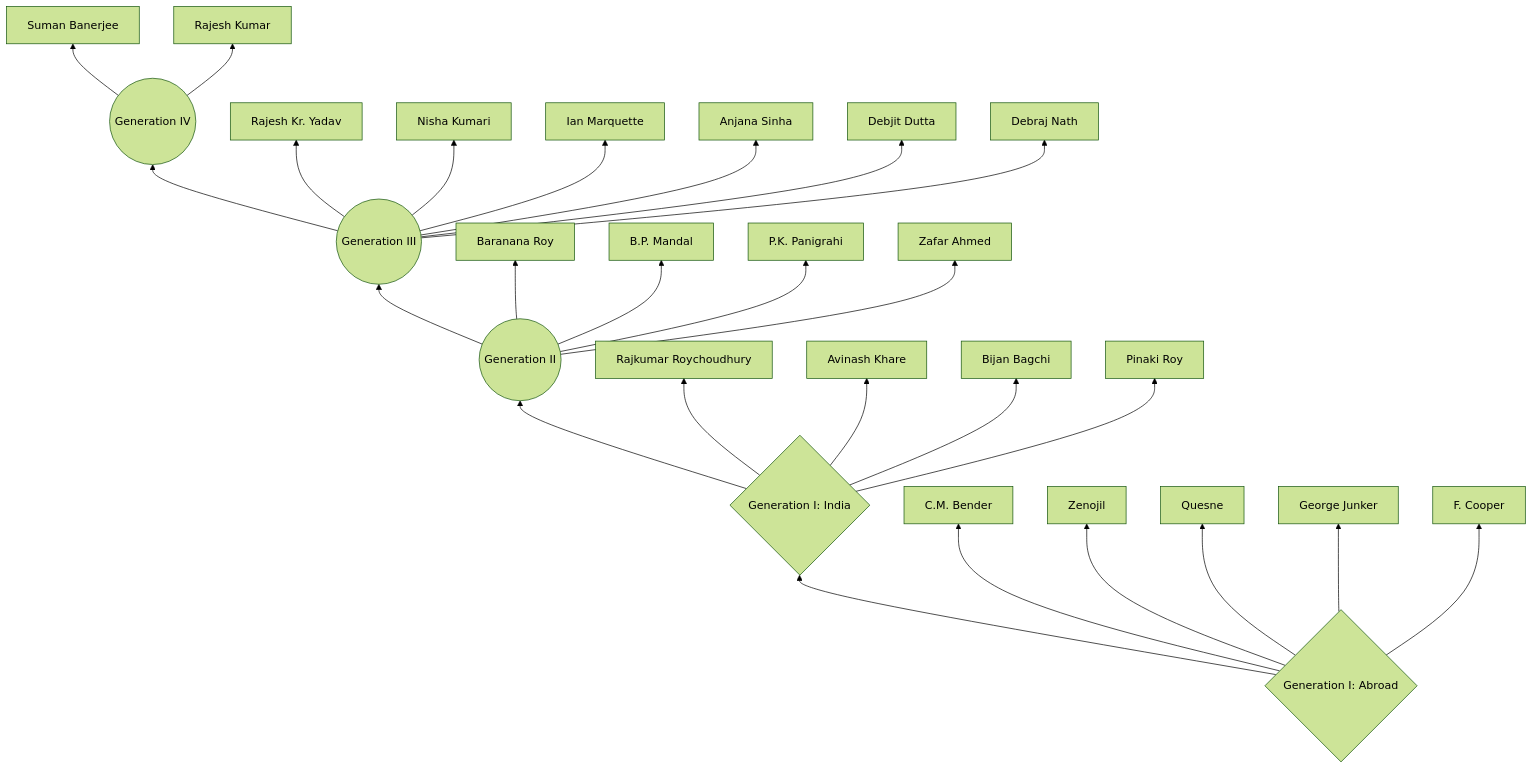
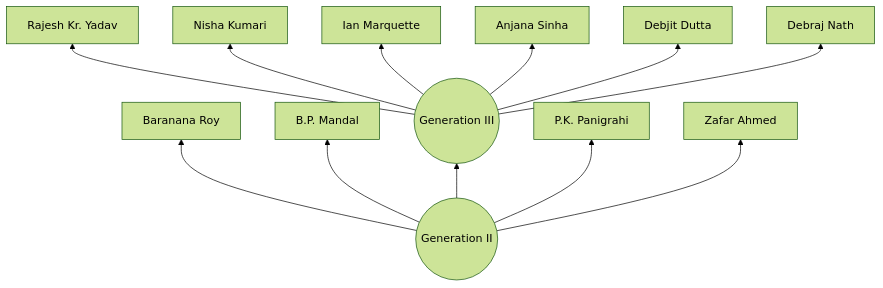
Before and after one commit to rajeshphy/research: the second of 3 diagrams in _posts/2023-12-24-GROUP.markdown, drawn with Mermaid (forest theme). The commit also changed 6 other files, not shown here.

```diff
--- a/_posts/2023-12-24-GROUP.markdown
+++ b/_posts/2023-12-24-GROUP.markdown
@@ -10,75 +26,42 @@
 <div class="mermaid">
 flowchart BT;
-    G1in{Generation I: India}
-    G1ab{Generation I: Abroad} 
-    G2((Generation II)) 
-    G3((Generation III))
-    G4((Generation IV))
-    
-    
-    G1in --> A[Rajkumar Roychoudhury];
-    G1in --> B[Avinash Khare];
-    G1in --> C[Bijan Bagchi];
-    G1in --> D[Pinaki Roy];
-
-    G1ab --> E[C.M. Bender];
-    G1ab --> F[Zenojil];
-    G1ab --> G[Quesne];
-    G1ab --> H[George Junker];
-    G1ab --> I[F. Cooper];
-
-    
-    
+    G2((Generation II))
 
     G2 --> J[Baranana Roy];
     G2 --> K[B.P. Mandal];
+    
+
+    G3((Generation III))
+    
     G2 --> L[P.K. Panigrahi];
     G2 --> L2[Zafar Ahmed];
+
+
 
     G3 --> M[Rajesh Kr. Yadav];
     G3 --> M2[Nisha Kumari];
     G3 --> M3[Ian Marquette];
     G3 --> N[Anjana Sinha];
     G3 --> O[Debjit Dutta];
     G3 --> P[Debraj Nath];
 
-
-    G4 --> Q[Suman Banerjee];
-    G4 --> R[Rajesh Kumar];
+    
+    G2-->G3
 
 
 
-
-
-
-
-
-    G1ab-->G1in --> G2-->G3-->G4
-
-
-
-    click A "https://inspirehep.net/authors/2316376" "Rajkumar Roychoudhury";
-    click B "https://inspirehep.net/authors/1003102" "Avinash Khare";
-    click C "https://scholar.google.com/citations?user=dBdyaRQAAAAJ&hl=en" "Bijan Bagchi";
-    click D "https://scholar.google.com/citations?user=M7gHkc4AAAAJ" "Pinaki Roy";
-    click E "https://scholar.google.com/citations?user=eYVXgAoAAAAJ&hl=en" "C.M. Bender";
-    click F "https://inspirehep.net/authors/981969" "Zenojil";
-    click G "https://inspirehep.net/authors/992533" "Quesne";
-    click H "https://scholar.google.com/citations?user=QYoBfgcAAAAJ&hl=en" "George Junker";
-    click I "https://scholar.google.com/citations?user=GvDE0ZIAAAAJ&hl=en" "F. Cooper";
+    
 
     click J "https://scholar.google.com/citations?user=7cBXPMoAAAAJ&hl=en" "Baranana Roy";
     click K "https://scholar.google.com/citations?user=Gc3odukAAAAJ&hl=en" "B.P. Mandal";
     click L "https://scholar.google.com/citations?user=MDXDFdUAAAAJ&hl=en" "P.K. Panigrahi";
     click L2 "https://scholar.google.com/citations?user=REVBlzcAAAAJ&hl=en" "Zafar Ahmed";
 
     click M "https://scholar.google.com/citations?user=eKE6B_MAAAAJ&hl=en" "R.K.Y";
     click M2 "https://scholar.google.com/citations?user=4zv_aE4AAAAJ&hl=en" "Nisha Kumari";
     click M2 "https://scholar.google.com/citations?user=5AzveuwAAAAJ&hl=en" "Ian Marquette";
 
     click N "https://scholar.google.com/citations?user=YggEsvoAAAAJ&hl=enD" "Anjana Sinha";
     click O "https://nitap.irins.org/profile/139709" "Debjit Dutta";
     click P "https://scholar.google.com/citations?user=Sj836u4AAAAJ&hl=en" "Debraj Nath";
-    click Q "https://scholar.google.com/citations?user=pqIso_QAAAAJ&hl=en" "Suman Banerjee";
-    click R "https://scholar.google.com/citations?user=2Wx13GIAAAAJ" "Rajesh Kumar";
 </div>
```
